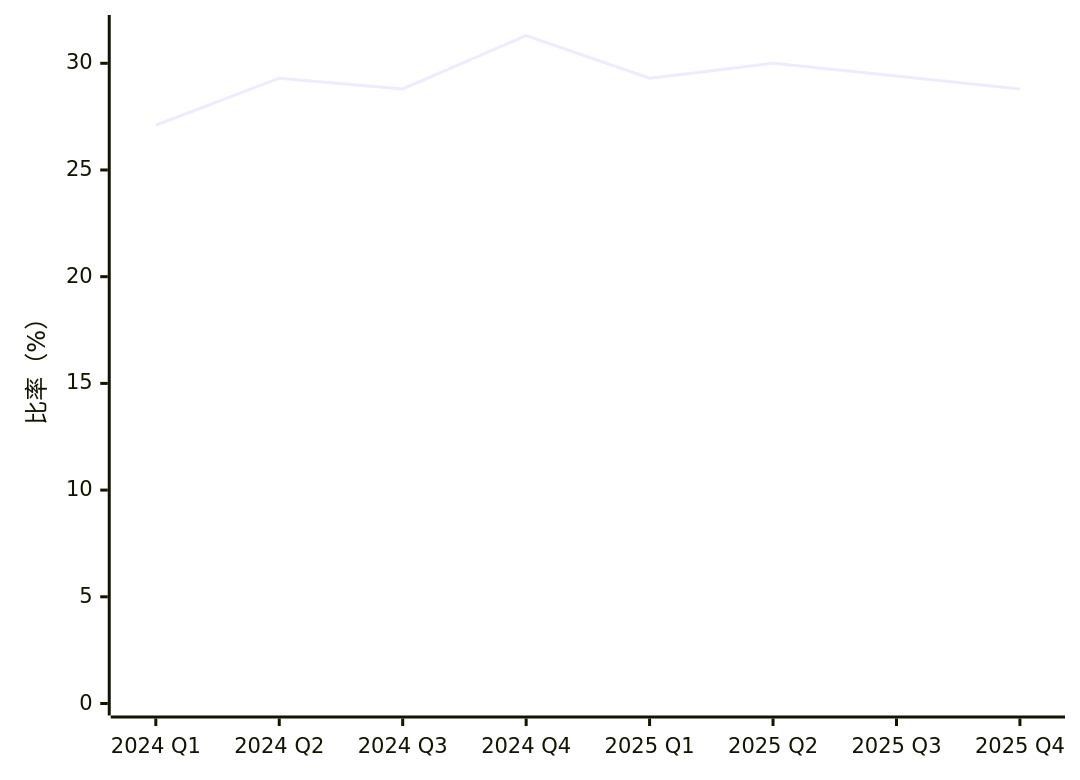
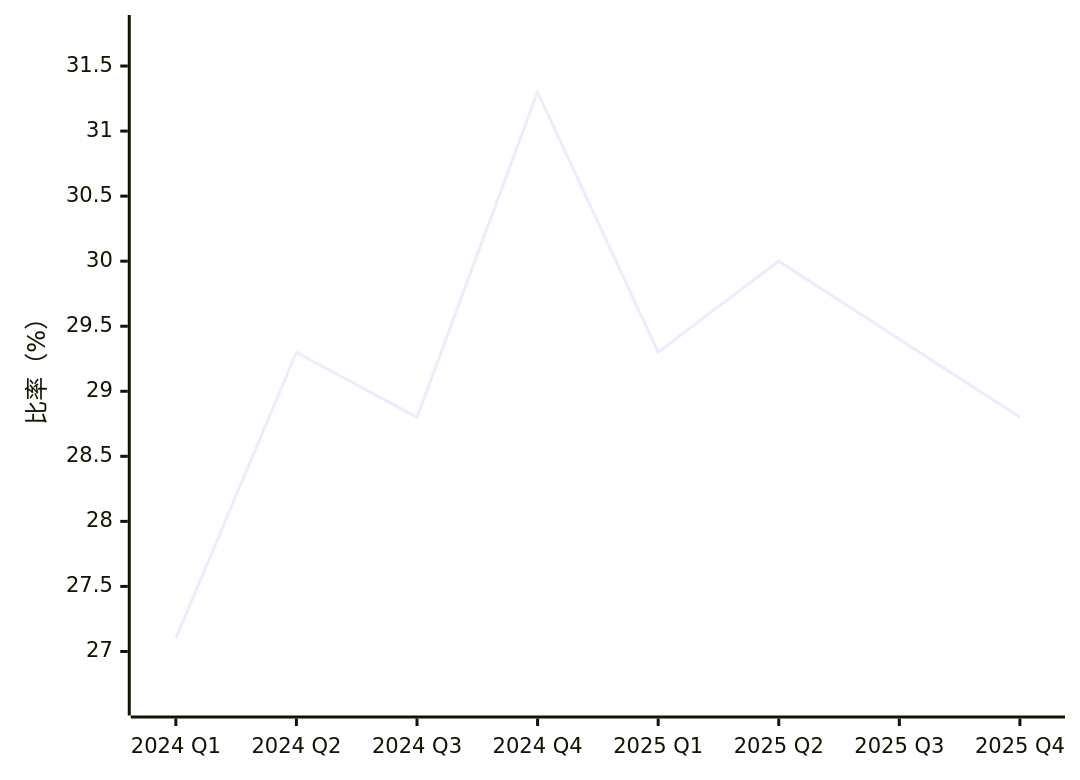
Before and after one commit to jyuny1/blog: the fourth of 19 diagrams in content/台灣零售與電商競爭分析.md, drawn with Mermaid. The commit also changed other lines of this file, not shown here.

````diff
--- a/content/台灣零售與電商競爭分析.md
+++ b/content/台灣零售與電商競爭分析.md
@@ -60,6 +60,6 @@
 ```mermaid
 xychart-beta
     x-axis ["2024 Q1", "2024 Q2", "2024 Q3", "2024 Q4", "2025 Q1", "2025 Q2", "2025 Q3", "2025 Q4"]
-    y-axis "比率（%）" 0 --> 31.7
+    y-axis "比率（%）" 26.6 --> 31.8
     line [27.1, 29.3, 28.8, 31.3, 29.3, 30, 29.4, 28.8]
 ```
````
